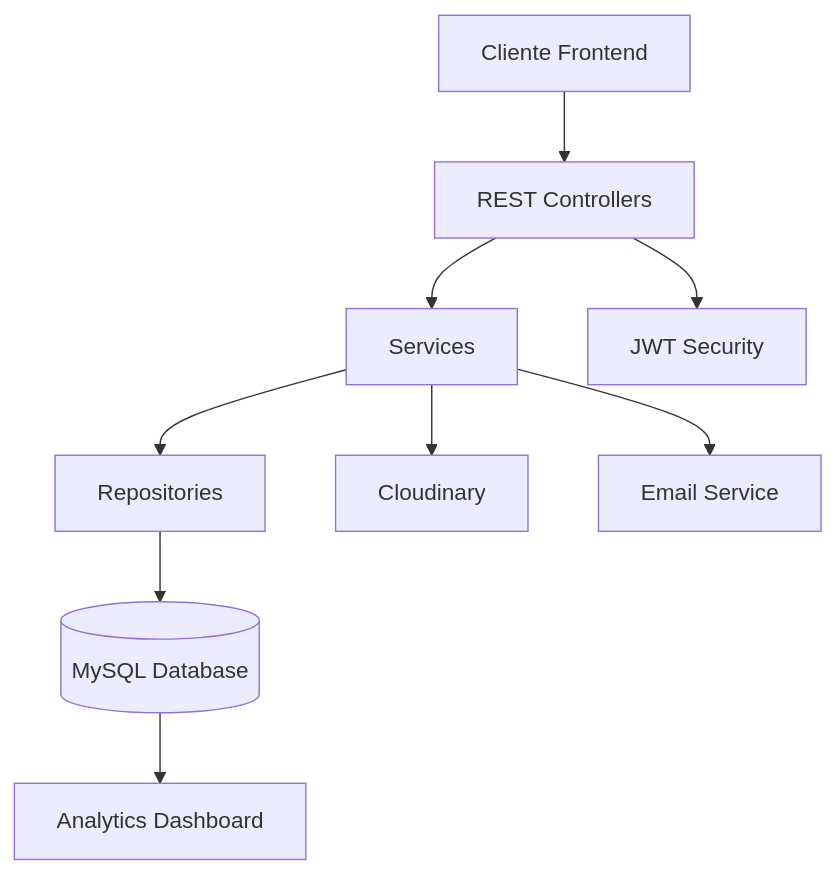
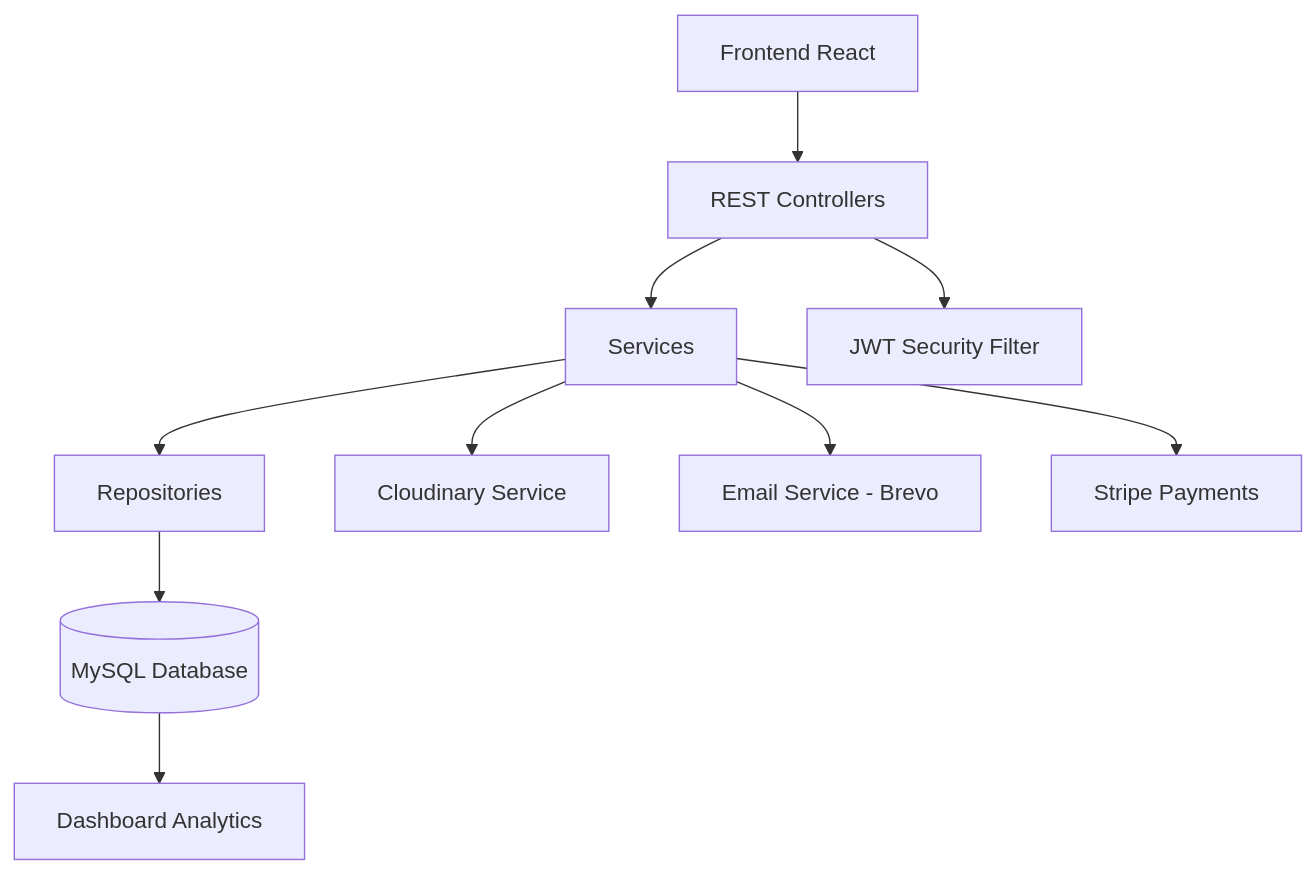
One commit to Projecto-Cine/BackendCine changed the first of 3 diagrams in README.md. Above: the diagram before and after it, drawn with Mermaid. The commit also changed other lines of this file and 1 other file, not shown here.

````diff
--- a/README.md
+++ b/README.md
@@ -108,14 +113,15 @@
 ```mermaid
 graph TD
 
-A[Cliente Frontend] --> B[REST Controllers]
+A[Frontend React] --> B[REST Controllers]
 B --> C[Services]
 C --> D[Repositories]
 D --> E[(MySQL Database)]
 
-B --> F[JWT Security]
-C --> G[Cloudinary]
-C --> H[Email Service]
+B --> F[JWT Security Filter]
+C --> G[Cloudinary Service]
+C --> H[Email Service - Brevo]
+C --> I[Stripe Payments]
 
-E --> I[Analytics Dashboard]
+E --> J[Dashboard Analytics]
 ```
````
